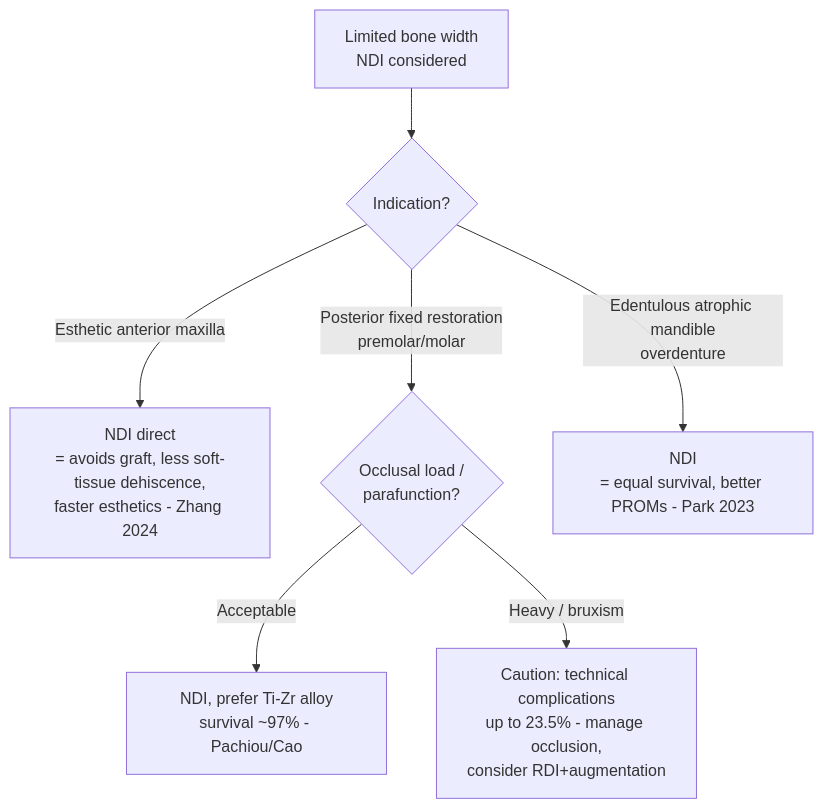
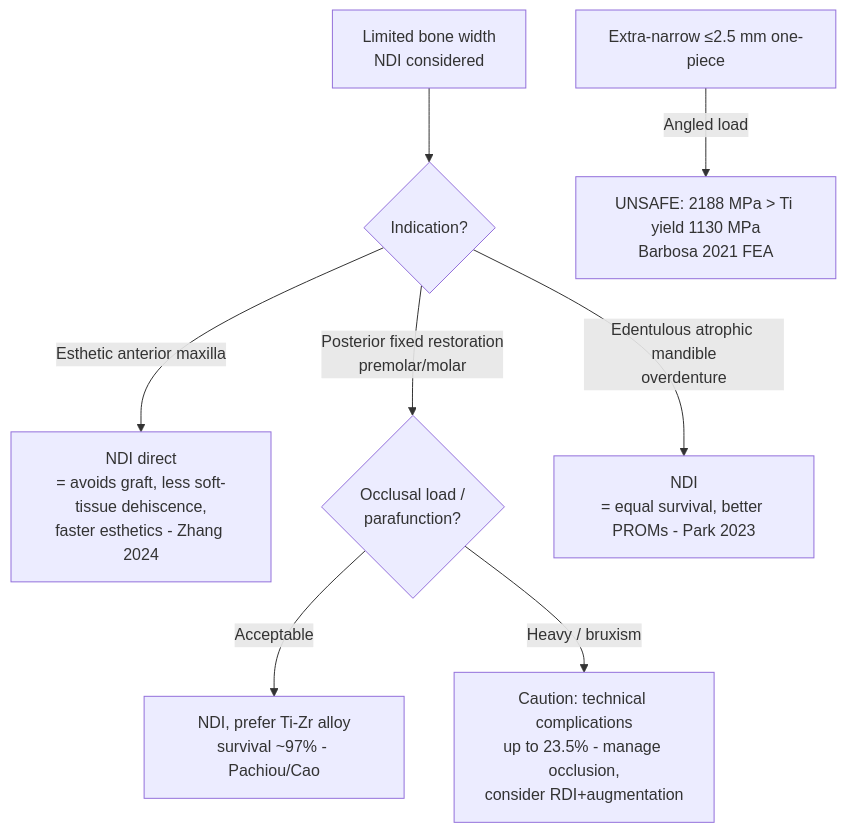
Before and after one commit to ezinternet/dentopedia: the diagram in wiki/overviews/narrow-diameter-implants-clinical-outcomes-overview.md, drawn with Mermaid. The commit also changed other lines of this file, not shown here.

First line of the commit message:
update(overviews/narrow-diameter-implants): add barbosa-2021 FEA biomechanical limits

````diff
--- a/wiki/overviews/narrow-diameter-implants-clinical-outcomes-overview.md
+++ b/wiki/overviews/narrow-diameter-implants-clinical-outcomes-overview.md
@@ -60,9 +65,10 @@
 ```mermaid
 flowchart TD
     A[Limited bone width<br/>NDI considered] --> B{Indication?}
     B -->|Esthetic anterior maxilla| C[NDI direct<br/>= avoids graft, less soft-tissue dehiscence,<br/>faster esthetics - Zhang 2024]
     B -->|Posterior fixed restoration<br/>premolar/molar| D{Occlusal load /<br/>parafunction?}
     B -->|Edentulous atrophic mandible<br/>overdenture| E[NDI<br/>= equal survival, better PROMs - Park 2023]
     D -->|Acceptable| F[NDI, prefer Ti-Zr alloy<br/>survival ~97% - Pachiou/Cao]
     D -->|Heavy / bruxism| G[Caution: technical complications<br/>up to 23.5% - manage occlusion,<br/>consider RDI+augmentation]
+    H[Extra-narrow ≤2.5 mm one-piece] -->|Angled load| I["UNSAFE: 2188 MPa > Ti yield 1130 MPa<br/>Barbosa 2021 FEA"]
 ```
````
